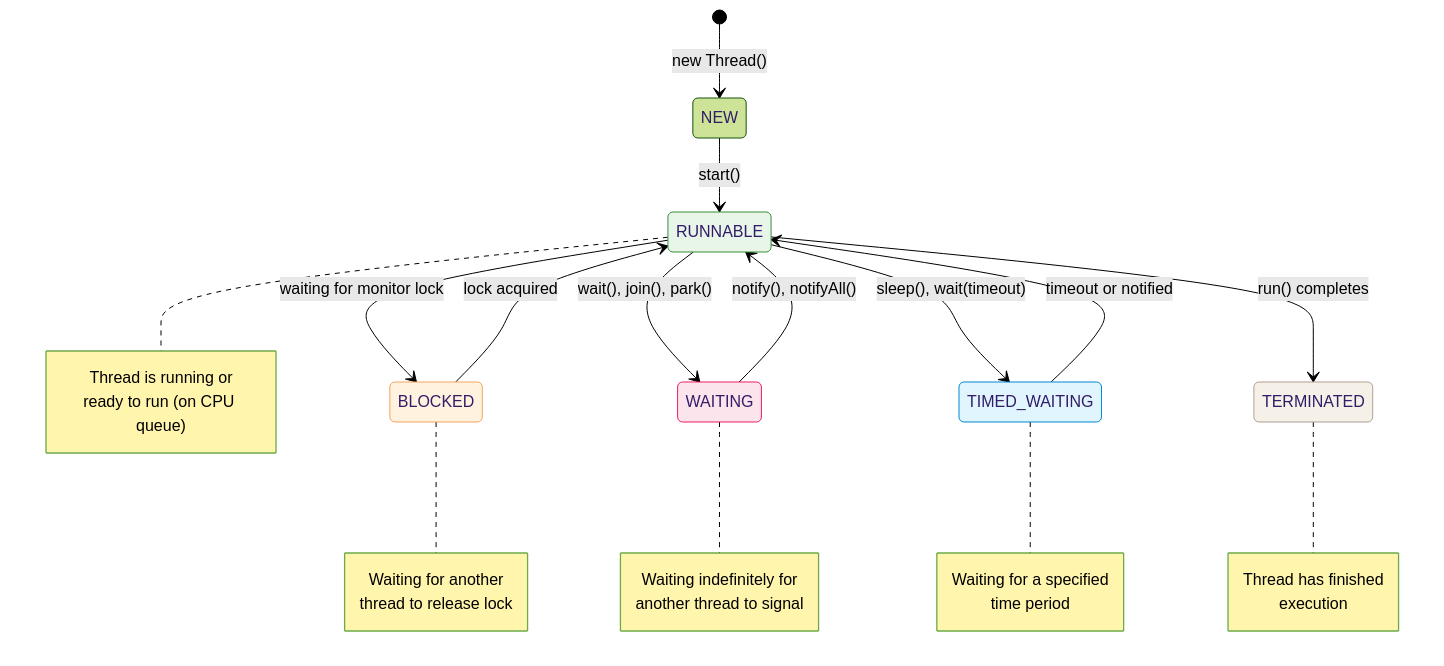
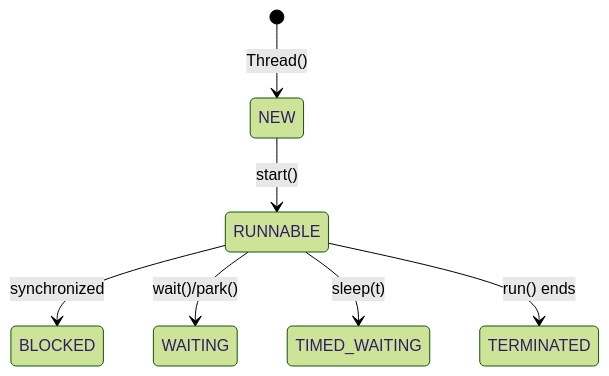
One commit to akardapolov/software-atlas changed diagram 11 of 16 in docs/languages/java/index.md. Above: the diagram before and after it, drawn with Mermaid (forest theme). The commit also changed other lines of this file and 13 other files, not shown here.

````diff
--- a/docs/languages/java/index.md
+++ b/docs/languages/java/index.md
@@ -1256,53 +387,9 @@
 ```mermaid
 stateDiagram-v2
-    [*] --> NEW: new Thread()
+    [*] --> NEW: Thread()
     NEW --> RUNNABLE: start()
-
-    RUNNABLE --> BLOCKED: waiting for monitor lock
-    BLOCKED --> RUNNABLE: lock acquired
-
-    RUNNABLE --> WAITING: wait(), join(), park()
-    WAITING --> RUNNABLE: notify(), notifyAll()
-
-    RUNNABLE --> TIMED_WAITING: sleep(), wait(timeout)
-    TIMED_WAITING --> RUNNABLE: timeout or notified
-
-    RUNNABLE --> TERMINATED: run() completes
-
-    note right of RUNNABLE
-        Thread is running or
-        ready to run (on CPU queue)
-    end note
-
-    note right of BLOCKED
-        Waiting for another
-        thread to release lock
-    end note
-
-    note right of WAITING
-        Waiting indefinitely for
-        another thread to signal
-    end note
-
-    note right of TIMED_WAITING
-        Waiting for a specified
-        time period
-    end note
-
-    note right of TERMINATED
-        Thread has finished
-        execution
-    end note
-
-    classDef active fill:#e8f5e9,stroke:#388e3c
-    classDef blocked fill:#fff3e0,stroke:#f4a261
-    classDef waiting fill:#fce4ec,stroke:#e91e63
-    classDef timed fill:#e1f5fe,stroke:#0288d1
-    classDef terminal fill:#f5f0e8,stroke:#b0a090
-
-    class RUNNABLE active
-    class BLOCKED blocked
-    class WAITING waiting
-    class TIMED_WAITING timed
-    class TERMINATED terminal
+    RUNNABLE --> BLOCKED: synchronized
+    RUNNABLE --> WAITING: wait()/park()
+    RUNNABLE --> TIMED_WAITING: sleep(t)
+    RUNNABLE --> TERMINATED: run() ends
 ```
````
